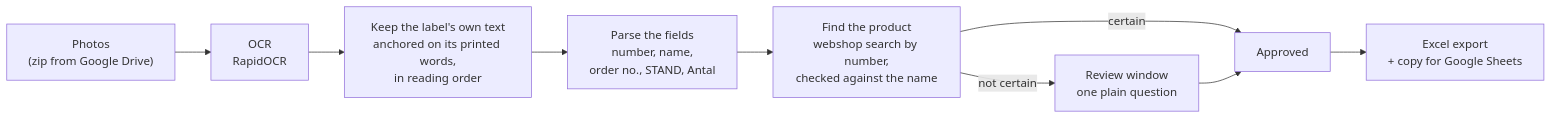
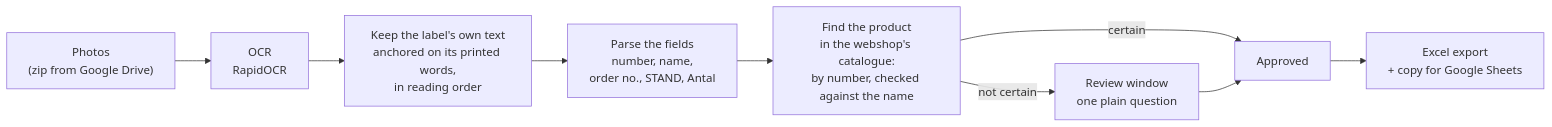
The diagram in README.md (MarcusOlesen/label-miner), drawn with Mermaid before and after one commit. The commit also changed other lines of this file and 196 other files, not shown here.

````diff
--- a/README.md
+++ b/README.md
@@ -15,11 +15,11 @@
 ```mermaid
 flowchart LR
     A["Photos<br/>(zip from Google Drive)"] --> B["OCR<br/>RapidOCR"]
     B --> C["Keep the label's own text<br/>anchored on its printed words,<br/>in reading order"]
     C --> D["Parse the fields<br/>number, name,<br/>order no., STAND, Antal"]
-    D --> E["Find the product<br/>webshop search by number,<br/>checked against the name"]
+    D --> E["Find the product<br/>in the webshop's catalogue:<br/>by number, checked against the name"]
     E -->|certain| F["Approved"]
     E -->|not certain| G["Review window<br/>one plain question"]
     G --> F
     F --> H["Excel export<br/>+ copy for Google Sheets"]
 ```
````
